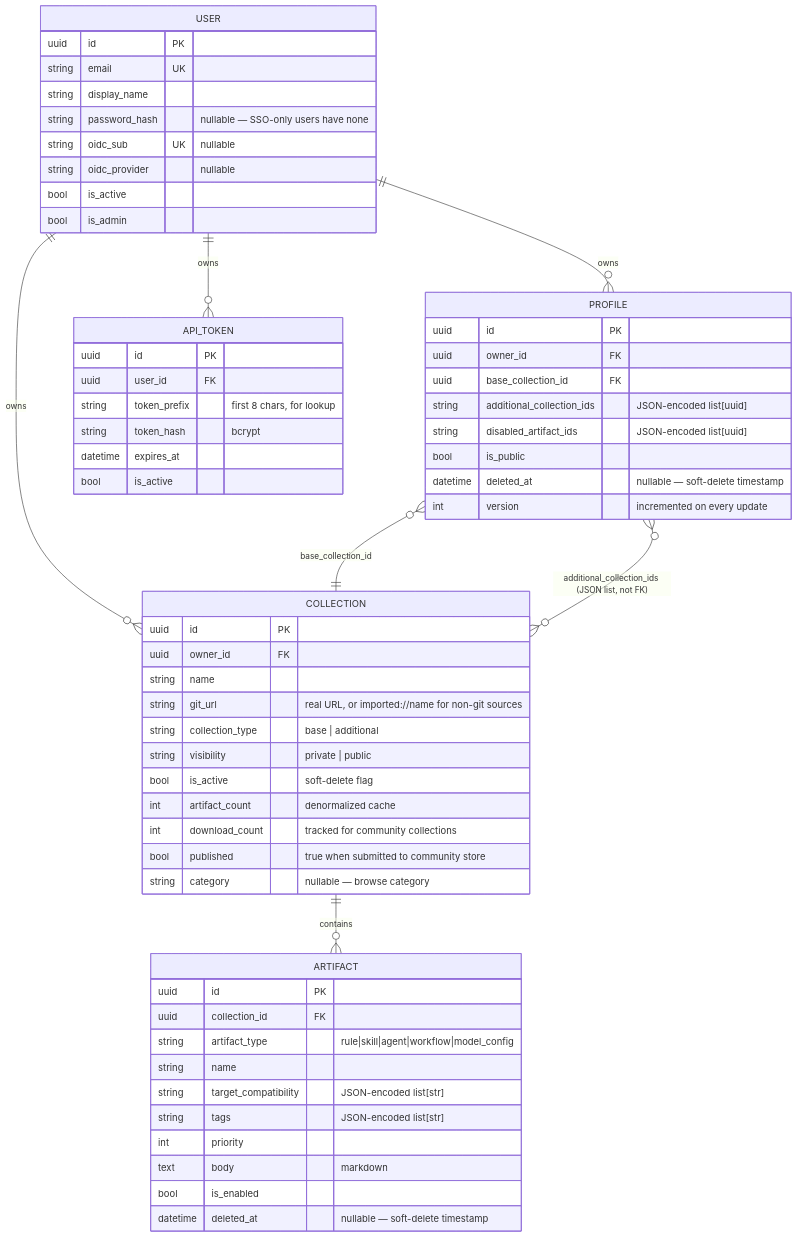
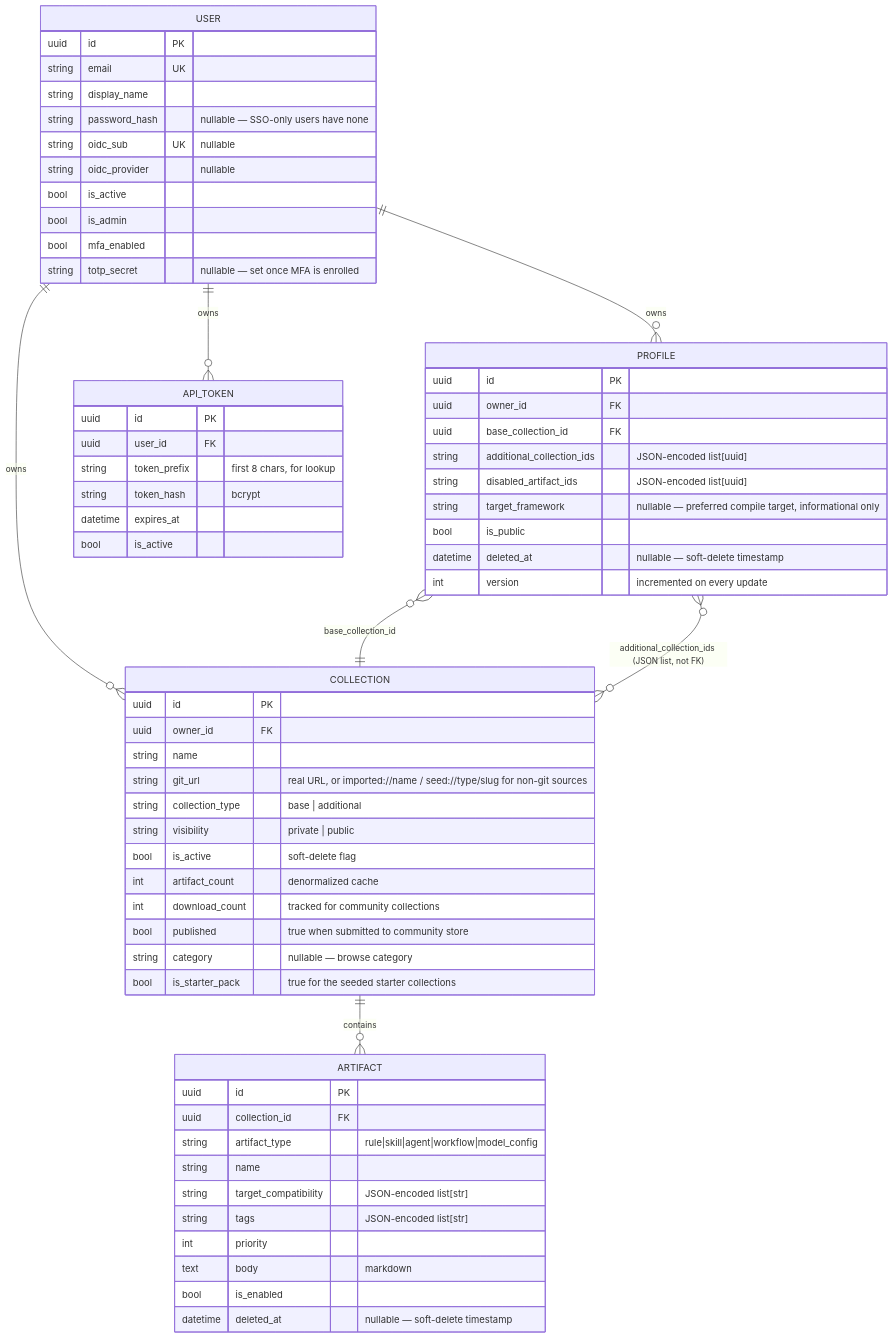
Before and after one commit to niels-emmer/myace: the diagram in docs/data-model.md, drawn with Mermaid. The commit also changed other lines of this file and 11 other files, not shown here.

````diff
--- a/docs/data-model.md
+++ b/docs/data-model.md
@@ -9,63 +9,67 @@
 ```mermaid
 erDiagram
     USER ||--o{ COLLECTION : owns
     USER ||--o{ PROFILE : owns
     USER ||--o{ API_TOKEN : owns
     COLLECTION ||--o{ ARTIFACT : contains
     PROFILE }o--|| COLLECTION : "base_collection_id"
     PROFILE }o--o{ COLLECTION : "additional_collection_ids (JSON list, not FK)"
 
     USER {
         uuid id PK
         string email UK
         string display_name
         string password_hash "nullable — SSO-only users have none"
         string oidc_sub UK "nullable"
         string oidc_provider "nullable"
         bool is_active
         bool is_admin
+        bool mfa_enabled
+        string totp_secret "nullable — set once MFA is enrolled"
     }
     COLLECTION {
         uuid id PK
         uuid owner_id FK
         string name
-        string git_url "real URL, or imported://name for non-git sources"
+        string git_url "real URL, or imported://name / seed://type/slug for non-git sources"
         string collection_type "base | additional"
         string visibility "private | public"
         bool is_active "soft-delete flag"
         int artifact_count "denormalized cache"
         int download_count "tracked for community collections"
         bool published "true when submitted to community store"
         string category "nullable — browse category"
+        bool is_starter_pack "true for the seeded starter collections"
     }
     ARTIFACT {
         uuid id PK
         uuid collection_id FK
         string artifact_type "rule|skill|agent|workflow|model_config"
         string name
         string target_compatibility "JSON-encoded list[str]"
         string tags "JSON-encoded list[str]"
         int priority
         text body "markdown"
         bool is_enabled
         datetime deleted_at "nullable — soft-delete timestamp"
     }
     PROFILE {
         uuid id PK
         uuid owner_id FK
         uuid base_collection_id FK
         string additional_collection_ids "JSON-encoded list[uuid]"
         string disabled_artifact_ids "JSON-encoded list[uuid]"
+        string target_framework "nullable — preferred compile target, informational only"
         bool is_public
         datetime deleted_at "nullable — soft-delete timestamp"
         int version "incremented on every update"
     }
     API_TOKEN {
         uuid id PK
         uuid user_id FK
         string token_prefix "first 8 chars, for lookup"
         string token_hash "bcrypt"
         datetime expires_at
         bool is_active
     }
 ```
````
